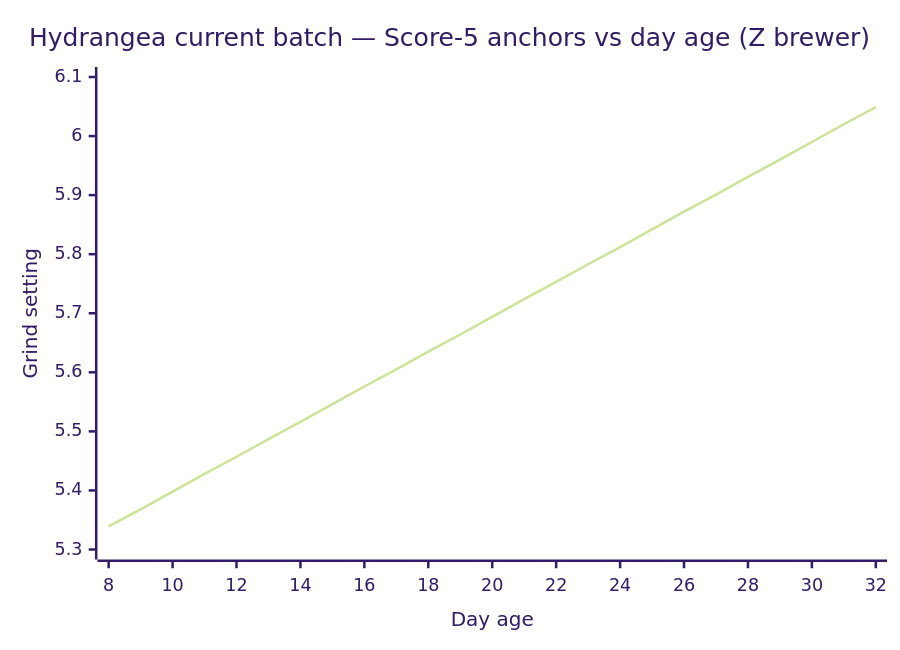
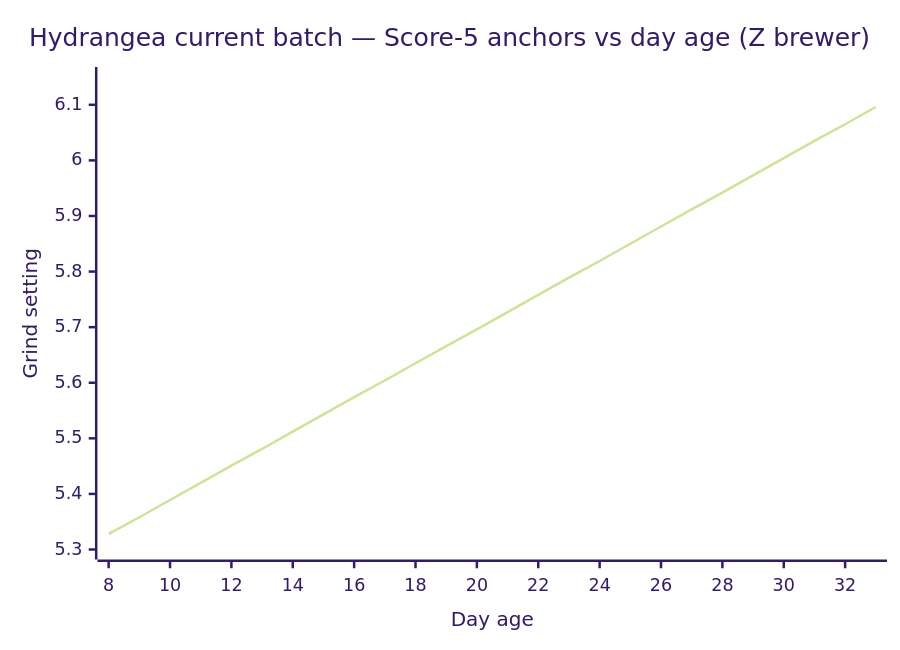
One commit to manuscriptmastr/coffee-journal changed the first of 6 diagrams in joshua-martin/profile.md. Above: the diagram before and after it, drawn with Mermaid (forest theme). The commit also changed other lines of this file and 2 other files, not shown here.

Commit message:
Confirm Hydrangea late-life regime shift (Day 27+) at ~0.038/day; retract Pena 'aged out' verdict; clarify per-journal Day-counting convention

````diff
--- a/joshua-martin/profile.md
+++ b/joshua-martin/profile.md
@@ -90,7 +90,7 @@
 ```mermaid
 xychart-beta
     title "Hydrangea current batch — Score-5 anchors vs day age (Z brewer)"
-    x-axis "Day age" 8 --> 32
-    y-axis "Grind setting" 5.30 --> 6.10
-    line [5.339, 5.368, 5.398, 5.428, 5.457, 5.487, 5.516, 5.546, 5.576, 5.605, 5.635, 5.664, 5.694, 5.724, 5.753, 5.783, 5.812, 5.842, 5.872, 5.901, 5.931, 5.960, 5.990, 6.020, 6.049]
+    x-axis "Day age" 8 --> 33
+    y-axis "Grind setting" 5.30 --> 6.15
+    line [5.328, 5.358, 5.389, 5.420, 5.451, 5.481, 5.512, 5.543, 5.574, 5.604, 5.635, 5.666, 5.696, 5.727, 5.758, 5.789, 5.819, 5.850, 5.881, 5.912, 5.942, 5.973, 6.004, 6.035, 6.065, 6.096]
 ```
````
